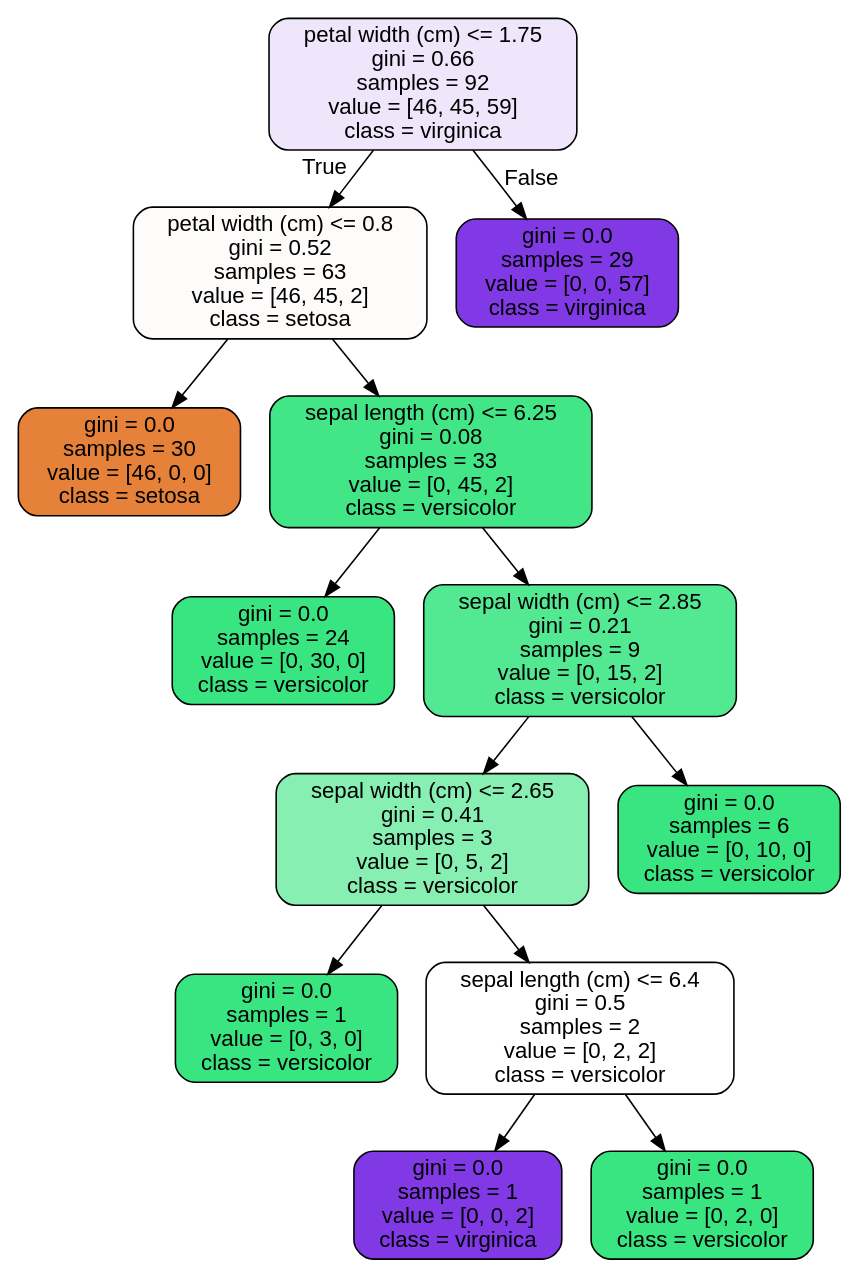
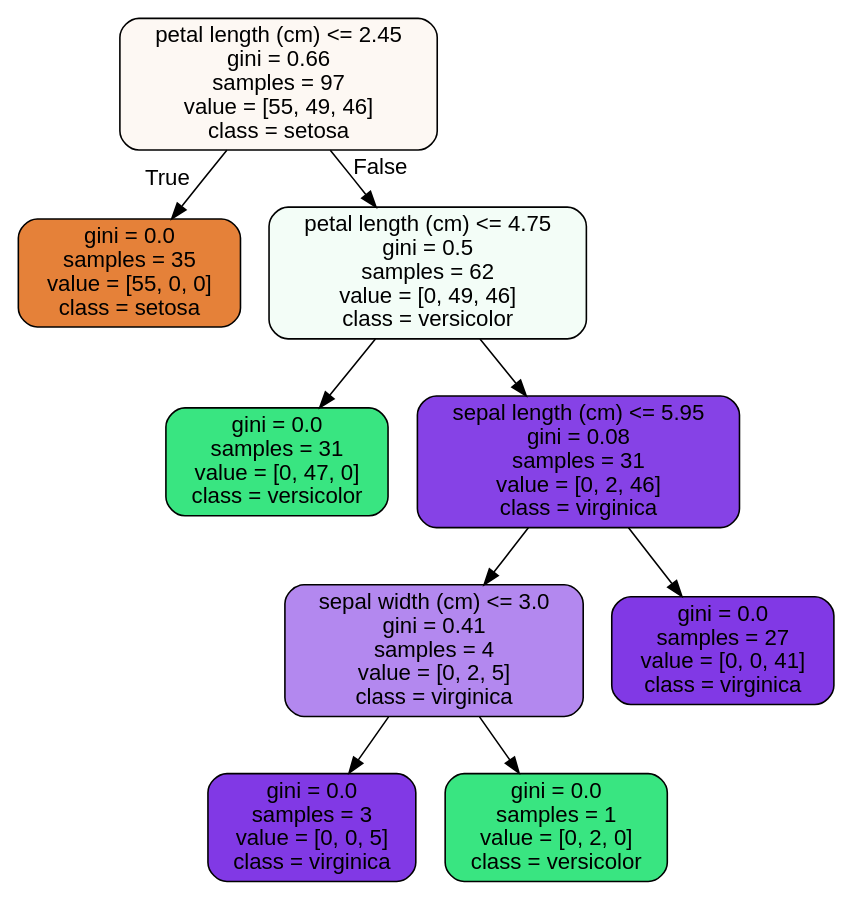
One commit to NSamermit/Springboard changed the diagram in Unit 14/14.4 Ensemble Methods/RandomForest Covid Case Study_06302020/tree.dot. Above: the diagram before and after it, drawn with Graphviz. The commit also changed 5 other files, not shown here.

```diff
--- a/Unit 14/14.4 Ensemble Methods/RandomForest Covid Case Study_06302020/tree.dot
+++ b/Unit 14/14.4 Ensemble Methods/RandomForest Covid Case Study_06302020/tree.dot
@@ -1,29 +1,21 @@
 digraph Tree {
 node [shape=box, style="filled, rounded", color="black", fontname=helvetica] ;
 edge [fontname=helvetica] ;
-0 [label="petal width (cm) <= 1.75\ngini = 0.66\nsamples = 92\nvalue = [46, 45, 59]\nclass = virginica", fillcolor="#efe6fc"] ;
-1 [label="petal width (cm) <= 0.8\ngini = 0.52\nsamples = 63\nvalue = [46, 45, 2]\nclass = setosa", fillcolor="#fefcfb"] ;
+0 [label="petal length (cm) <= 2.45\ngini = 0.66\nsamples = 97\nvalue = [55, 49, 46]\nclass = setosa", fillcolor="#fdf8f3"] ;
+1 [label="gini = 0.0\nsamples = 35\nvalue = [55, 0, 0]\nclass = setosa", fillcolor="#e58139"] ;
 0 -> 1 [labeldistance=2.5, labelangle=45, headlabel="True"] ;
-2 [label="gini = 0.0\nsamples = 30\nvalue = [46, 0, 0]\nclass = setosa", fillcolor="#e58139"] ;
-1 -> 2 ;
-3 [label="sepal length (cm) <= 6.25\ngini = 0.08\nsamples = 33\nvalue = [0, 45, 2]\nclass = versicolor", fillcolor="#42e687"] ;
-1 -> 3 ;
-4 [label="gini = 0.0\nsamples = 24\nvalue = [0, 30, 0]\nclass = versicolor", fillcolor="#39e581"] ;
-3 -> 4 ;
-5 [label="sepal width (cm) <= 2.85\ngini = 0.21\nsamples = 9\nvalue = [0, 15, 2]\nclass = versicolor", fillcolor="#53e892"] ;
-3 -> 5 ;
-6 [label="sepal width (cm) <= 2.65\ngini = 0.41\nsamples = 3\nvalue = [0, 5, 2]\nclass = versicolor", fillcolor="#88efb3"] ;
+2 [label="petal length (cm) <= 4.75\ngini = 0.5\nsamples = 62\nvalue = [0, 49, 46]\nclass = versicolor", fillcolor="#f3fdf7"] ;
+0 -> 2 [labeldistance=2.5, labelangle=-45, headlabel="False"] ;
+3 [label="gini = 0.0\nsamples = 31\nvalue = [0, 47, 0]\nclass = versicolor", fillcolor="#39e581"] ;
+2 -> 3 ;
+4 [label="sepal length (cm) <= 5.95\ngini = 0.08\nsamples = 31\nvalue = [0, 2, 46]\nclass = virginica", fillcolor="#8642e6"] ;
+2 -> 4 ;
+5 [label="sepal width (cm) <= 3.0\ngini = 0.41\nsamples = 4\nvalue = [0, 2, 5]\nclass = virginica", fillcolor="#b388ef"] ;
+4 -> 5 ;
+6 [label="gini = 0.0\nsamples = 3\nvalue = [0, 0, 5]\nclass = virginica", fillcolor="#8139e5"] ;
 5 -> 6 ;
-7 [label="gini = 0.0\nsamples = 1\nvalue = [0, 3, 0]\nclass = versicolor", fillcolor="#39e581"] ;
-6 -> 7 ;
-8 [label="sepal length (cm) <= 6.4\ngini = 0.5\nsamples = 2\nvalue = [0, 2, 2]\nclass = versicolor", fillcolor="#ffffff"] ;
-6 -> 8 ;
-9 [label="gini = 0.0\nsamples = 1\nvalue = [0, 0, 2]\nclass = virginica", fillcolor="#8139e5"] ;
-8 -> 9 ;
-10 [label="gini = 0.0\nsamples = 1\nvalue = [0, 2, 0]\nclass = versicolor", fillcolor="#39e581"] ;
-8 -> 10 ;
-11 [label="gini = 0.0\nsamples = 6\nvalue = [0, 10, 0]\nclass = versicolor", fillcolor="#39e581"] ;
-5 -> 11 ;
-12 [label="gini = 0.0\nsamples = 29\nvalue = [0, 0, 57]\nclass = virginica", fillcolor="#8139e5"] ;
-0 -> 12 [labeldistance=2.5, labelangle=-45, headlabel="False"] ;
+7 [label="gini = 0.0\nsamples = 1\nvalue = [0, 2, 0]\nclass = versicolor", fillcolor="#39e581"] ;
+5 -> 7 ;
+8 [label="gini = 0.0\nsamples = 27\nvalue = [0, 0, 41]\nclass = virginica", fillcolor="#8139e5"] ;
+4 -> 8 ;
 }
```
